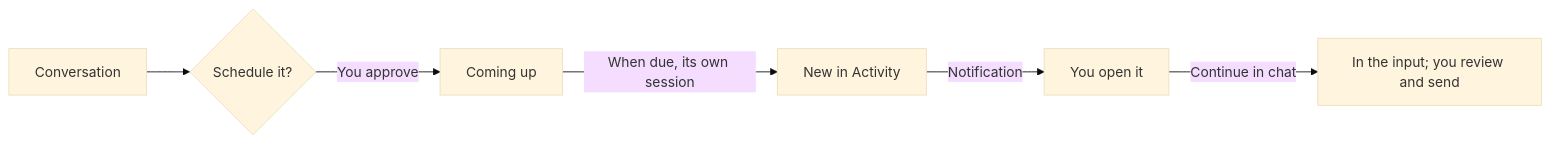
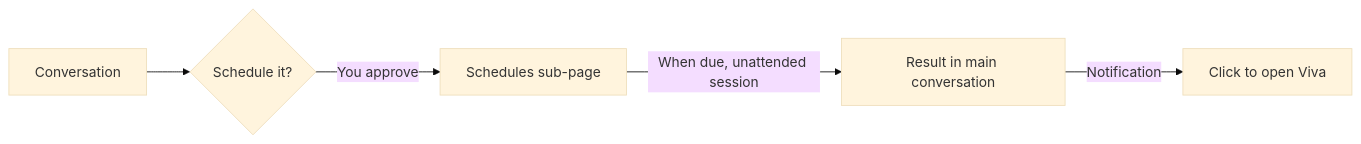
The diagram in README.md (JNS0724/Viva), drawn with Mermaid (base theme) before and after one commit. The commit also changed other lines of this file and 159 other files, not shown here.

First line of the commit message:
refactor(schedules): remove feed, add Schedules hub page, and report due runs to main conversation (#188)

````diff
--- a/README.md
+++ b/README.md
@@ -77,8 +75,7 @@
 ```mermaid
 flowchart LR
   A["Conversation"] --> P{"Schedule it?"}
-  P -->|You approve| S["Coming up"]
-  S -->|When due, its own session| R["New in Activity"]
-  R -->|Notification| N["You open it"]
-  N -->|Continue in chat| C["In the input; you review and send"]
+  P -->|You approve| S["Schedules sub-page"]
+  S -->|When due, unattended session| R["Result in main conversation"]
+  R -->|Notification| N["Click to open Viva"]
 ```
````
